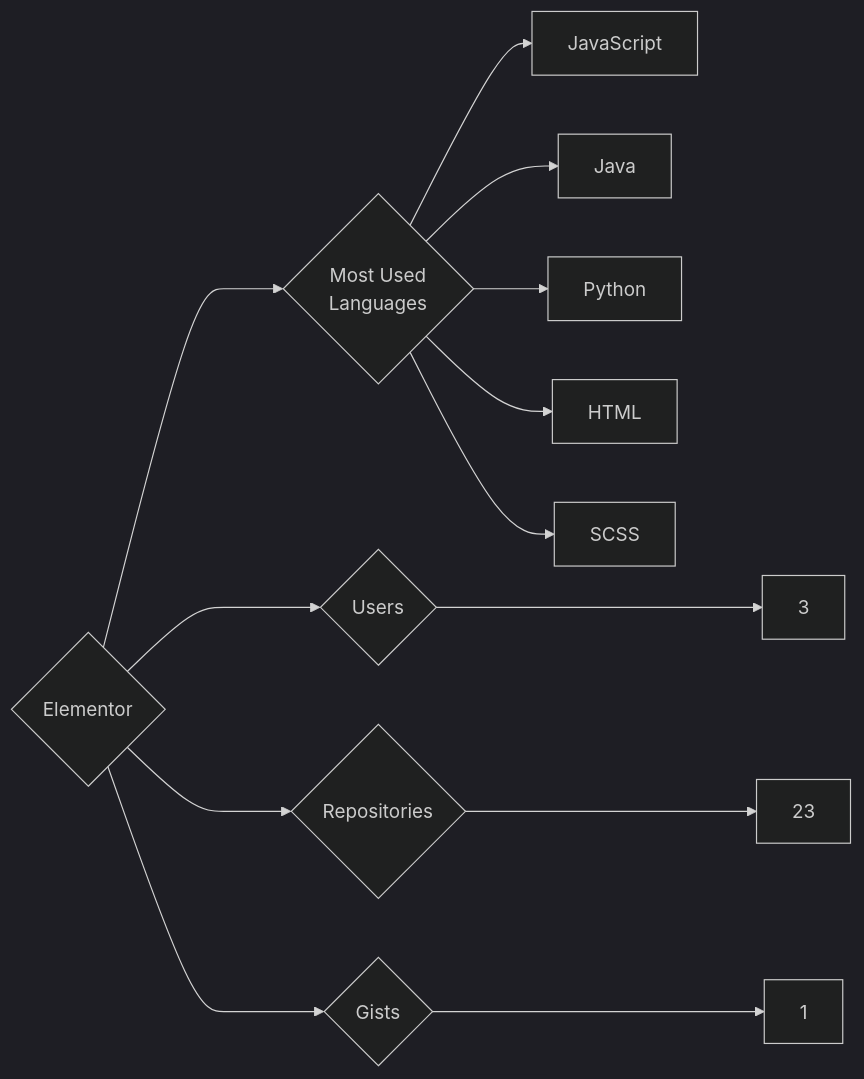
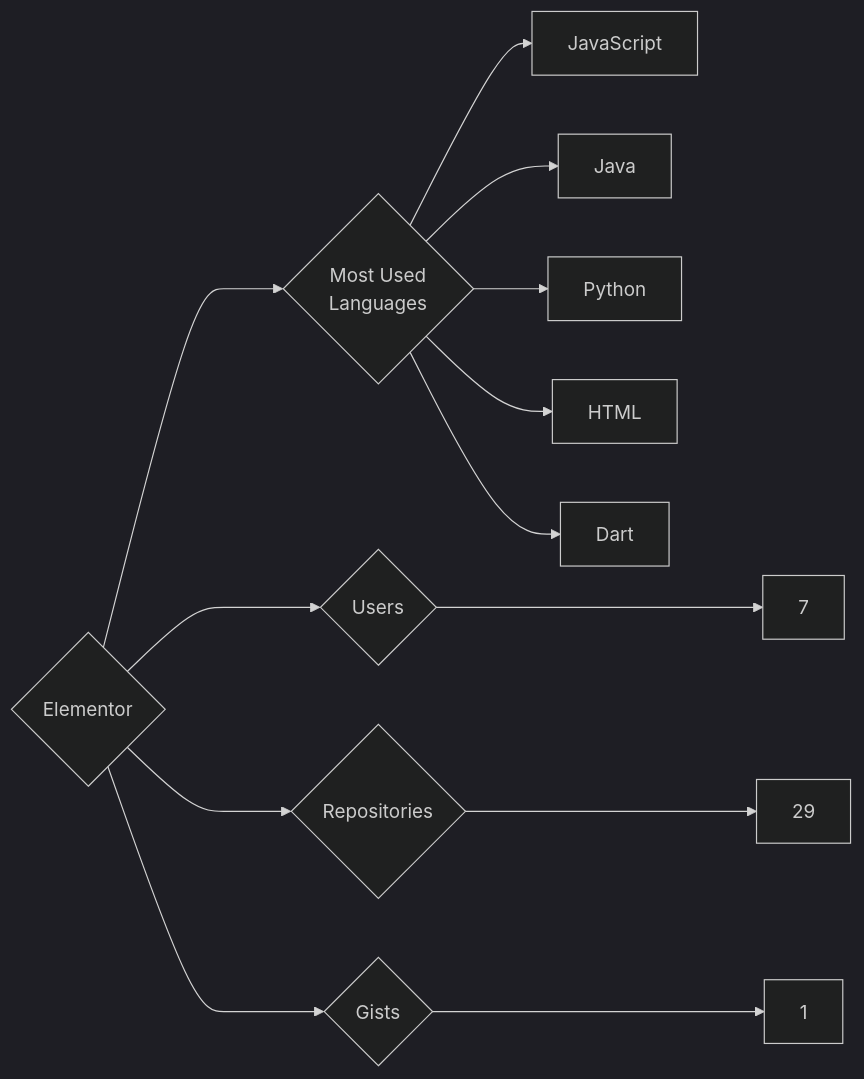
The diagram in targets/Elementor/README.md (trickest/insiders), drawn with Mermaid (dark theme) before and after one commit. The commit also changed 993 other files, not shown here.

````diff
--- a/targets/Elementor/README.md
+++ b/targets/Elementor/README.md
@@ -3,13 +3,13 @@
 ```mermaid
 graph LR
 COMPANY_NAME{Elementor}
-COMPANY_NAME ---> U{Users} ---> UN[3]
-COMPANY_NAME ---> R{Repositories} ---> RN[23]
+COMPANY_NAME ---> U{Users} ---> UN[7]
+COMPANY_NAME ---> R{Repositories} ---> RN[29]
 COMPANY_NAME ---> G{Gists} ---> GN[1]
 COMPANY_NAME ---> ML{Most Used<br>Languages}
 ML --> JavaScript[JavaScript]
 ML --> Java[Java]
 ML --> Python[Python]
 ML --> HTML[HTML]
-ML --> SCSS[SCSS]
+ML --> Dart[Dart]
 ```
````
